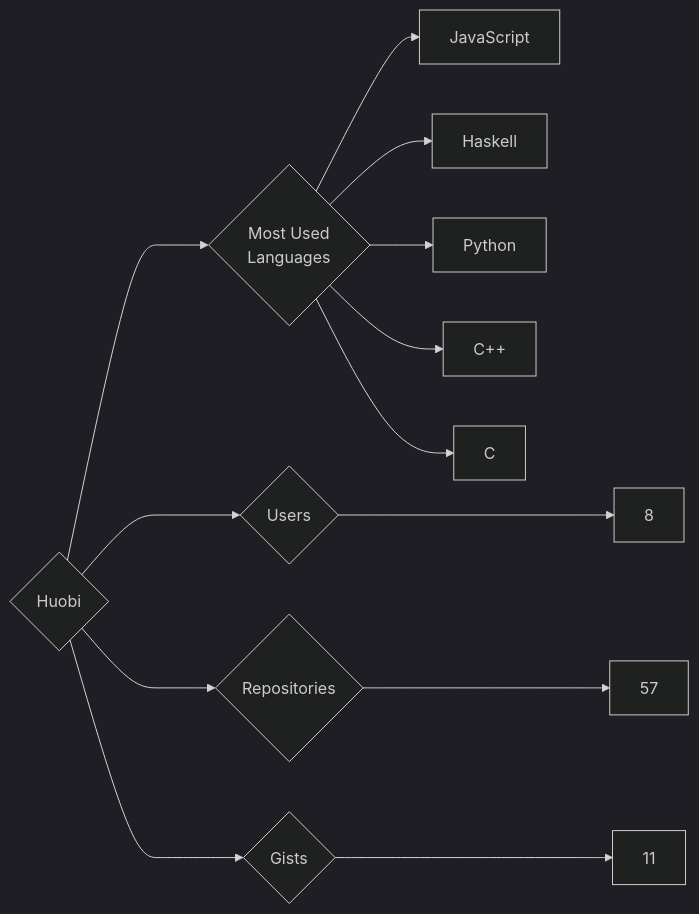
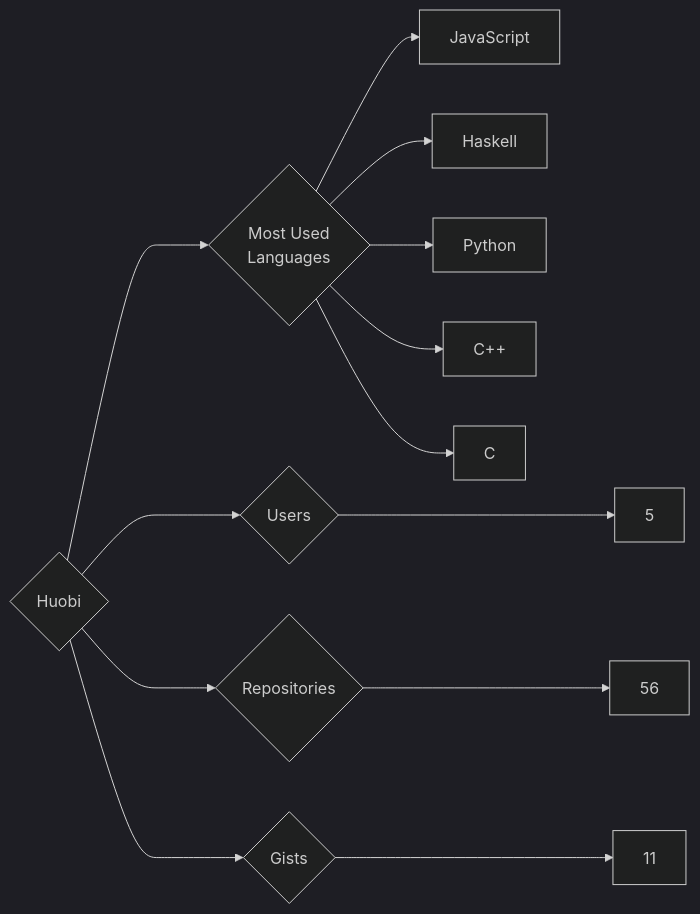
The diagram in targets/Huobi/README.md (trickest/insiders), drawn with Mermaid (dark theme) before and after one commit. The commit also changed 1055 other files, not shown here.

````diff
--- a/targets/Huobi/README.md
+++ b/targets/Huobi/README.md
@@ -3,13 +3,13 @@
 ```mermaid
 graph LR
 COMPANY_NAME{Huobi}
-COMPANY_NAME ---> U{Users} ---> UN[8]
-COMPANY_NAME ---> R{Repositories} ---> RN[57]
+COMPANY_NAME ---> U{Users} ---> UN[5]
+COMPANY_NAME ---> R{Repositories} ---> RN[56]
 COMPANY_NAME ---> G{Gists} ---> GN[11]
 COMPANY_NAME ---> ML{Most Used<br>Languages}
 ML --> JavaScript[JavaScript]
 ML --> Haskell[Haskell]
 ML --> Python[Python]
 ML --> C++[C++]
 ML --> C[C]
 ```
````
